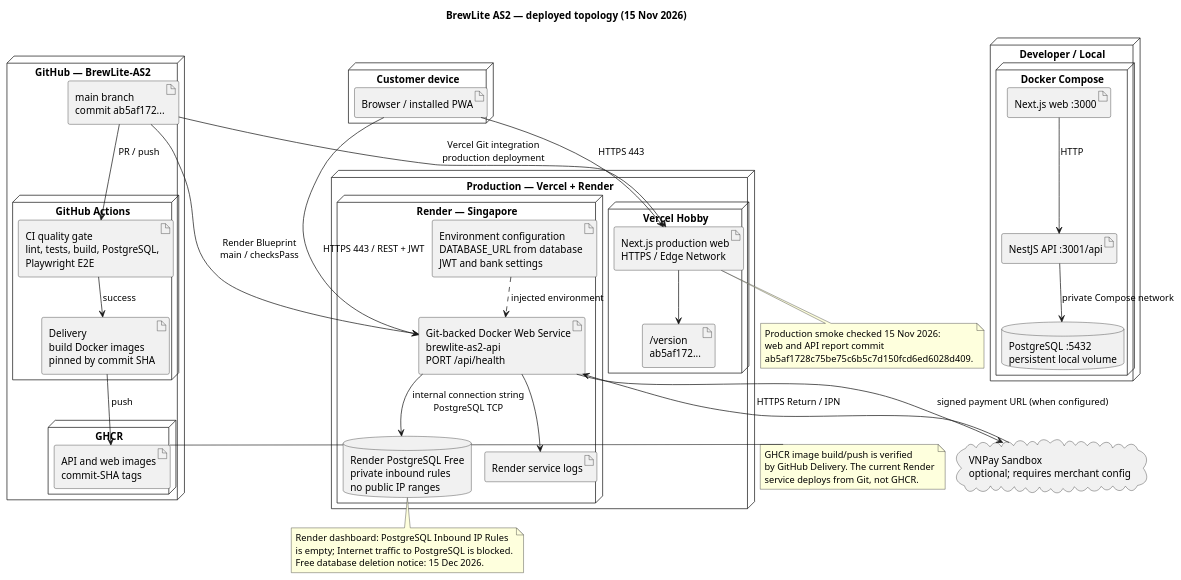
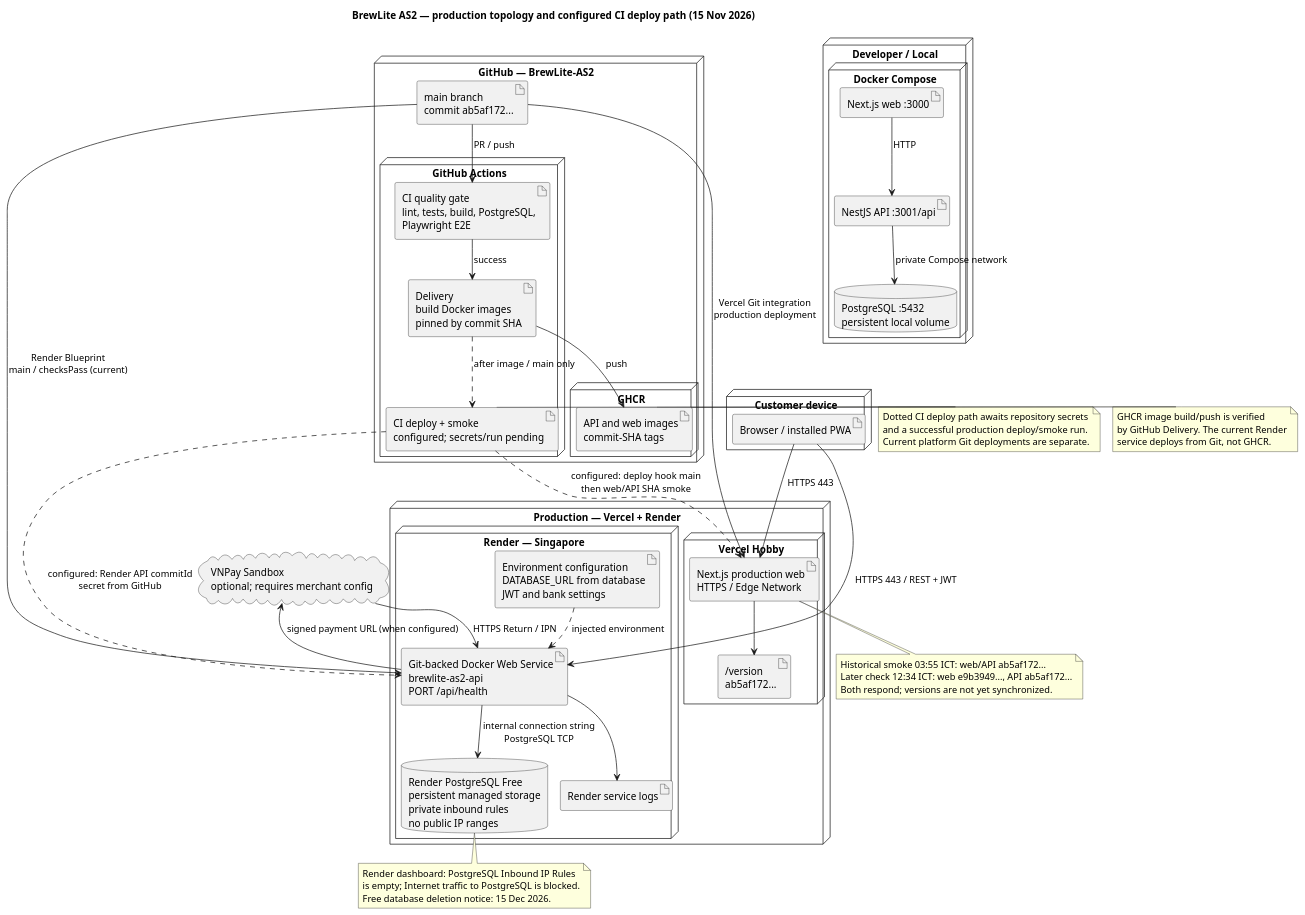
One commit to https-monstiez/BrewLite-AS2 changed the diagram in docs/diagrams/deployment.puml. Above: the diagram before and after it, drawn with PlantUML. The commit also changed 17 other files, not shown here.

Commit message:
fix(delivery): deploy Git-backed Render and verify production versions

```diff
--- a/docs/diagrams/deployment.puml
+++ b/docs/diagrams/deployment.puml
@@ -1,75 +1,84 @@
 @startuml
 !pragma layout smetana
 skinparam shadowing false
 skinparam defaultFontName SansSerif
-title BrewLite AS2 — deployed topology (15 Nov 2026)
+title BrewLite AS2 — production topology and configured CI deploy path (15 Nov 2026)
 
 node "Developer / Local" {
   node "Docker Compose" {
     artifact "Next.js web :3000" as localweb
     artifact "NestJS API :3001/api" as localapi
     database "PostgreSQL :5432\npersistent local volume" as localdb
     localweb --> localapi : HTTP
     localapi --> localdb : private Compose network
   }
 }
 
 node "GitHub — BrewLite-AS2" {
   artifact "main branch\ncommit ab5af172..." as source
   node "GitHub Actions" {
     artifact "CI quality gate\nlint, tests, build, PostgreSQL,\nPlaywright E2E" as ci
     artifact "Delivery\nbuild Docker images\npinned by commit SHA" as delivery
+    artifact "CI deploy + smoke\nconfigured; secrets/run pending" as cideploy
   }
   node "GHCR" {
     artifact "API and web images\ncommit-SHA tags" as images
   }
   source --> ci : PR / push
   ci --> delivery : success
   delivery --> images : push
 }
 
 node "Production — Vercel + Render" {
   node "Vercel Hobby" {
     artifact "Next.js production web\nHTTPS / Edge Network" as web
     artifact "/version\nab5af172..." as webversion
     web --> webversion
   }
   node "Render — Singapore" {
     artifact "Git-backed Docker Web Service\nbrewlite-as2-api\nPORT /api/health" as api
-    database "Render PostgreSQL Free\nprivate inbound rules\nno public IP ranges" as db
+    database "Render PostgreSQL Free\npersistent managed storage\nprivate inbound rules\nno public IP ranges" as db
     artifact "Environment configuration\nDATABASE_URL from database\nJWT and bank settings" as secrets
     artifact "Render service logs" as logs
     api --> db : internal connection string\nPostgreSQL TCP
     secrets ..> api : injected environment
     api --> logs
   }
   source --> web : Vercel Git integration\nproduction deployment
-  source --> api : Render Blueprint\nmain / checksPass
+  source --> api : Render Blueprint\nmain / checksPass (current)
+  delivery ..> cideploy : after image / main only
+  cideploy ..> api : configured: Render API commitId\nsecret from GitHub
+  cideploy ..> web : configured: deploy hook main\nthen web/API SHA smoke
 }
 
 node "Customer device" {
   artifact "Browser / installed PWA" as client
 }
 
 cloud "VNPay Sandbox\noptional; requires merchant config" as vnp
 client --> web : HTTPS 443
 client --> api : HTTPS 443 / REST + JWT
 api --> vnp : signed payment URL (when configured)
 vnp --> api : HTTPS Return / IPN
 
+note right of cideploy
+Dotted CI deploy path awaits repository secrets
+and a successful production deploy/smoke run.
+Current platform Git deployments are separate.
+end note
 note right of images
 GHCR image build/push is verified
 by GitHub Delivery. The current Render
 service deploys from Git, not GHCR.
 end note
 note bottom of db
 Render dashboard: PostgreSQL Inbound IP Rules
 is empty; Internet traffic to PostgreSQL is blocked.
 Free database deletion notice: 15 Dec 2026.
 end note
 note bottom of web
-Production smoke checked 15 Nov 2026:
-web and API report commit
-ab5af1728c75be75c6b5c7d150fcd6ed6028d409.
+Historical smoke 03:55 ICT: web/API ab5af172...
+Later check 12:34 ICT: web e9b3949..., API ab5af172...
+Both respond; versions are not yet synchronized.
 end note
 @enduml
```
